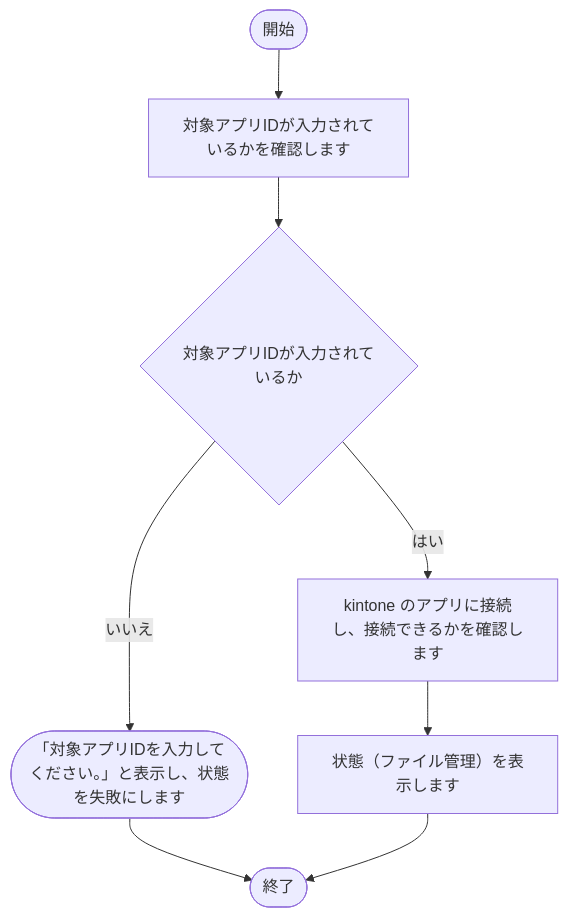
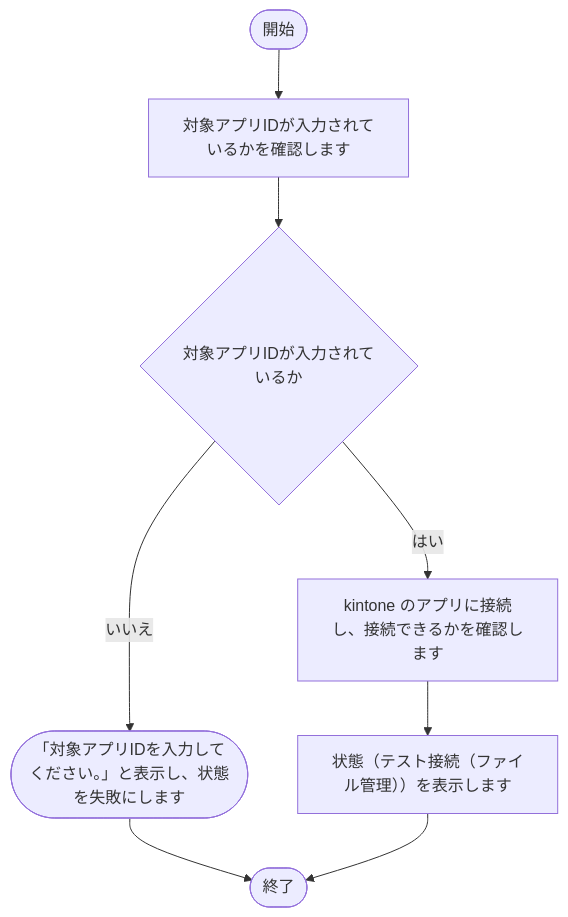
Diagram 12 of 13 in tool/package-generator/doc/02_設計/処理フロー.md (nishida2073/project_management), drawn with Mermaid before and after one commit. The commit also changed other lines of this file and 132 other files, not shown here.

````diff
--- a/tool/package-generator/doc/02_設計/処理フロー.md
+++ b/tool/package-generator/doc/02_設計/処理フロー.md
@@ -345,17 +345,17 @@
 ```mermaid
 flowchart TD
     S(["開始"])
     E(["終了"])
     N1["対象アプリIDが入力されているかを確認します"]
     S --> N1
     N2{"対象アプリIDが入力されているか"}
     N1 --> N2
     X1(["「対象アプリIDを入力してください。」と表示し、状態を失敗にします"])
     N2 -- いいえ --> X1
     X1 --> E
     N3["kintone のアプリに接続し、接続できるかを確認します"]
     N2 -- はい --> N3
-    N4["状態（ファイル管理）を表示します"]
+    N4["状態（テスト接続（ファイル管理））を表示します"]
     N3 --> N4
     N4 --> E
 ```
````
